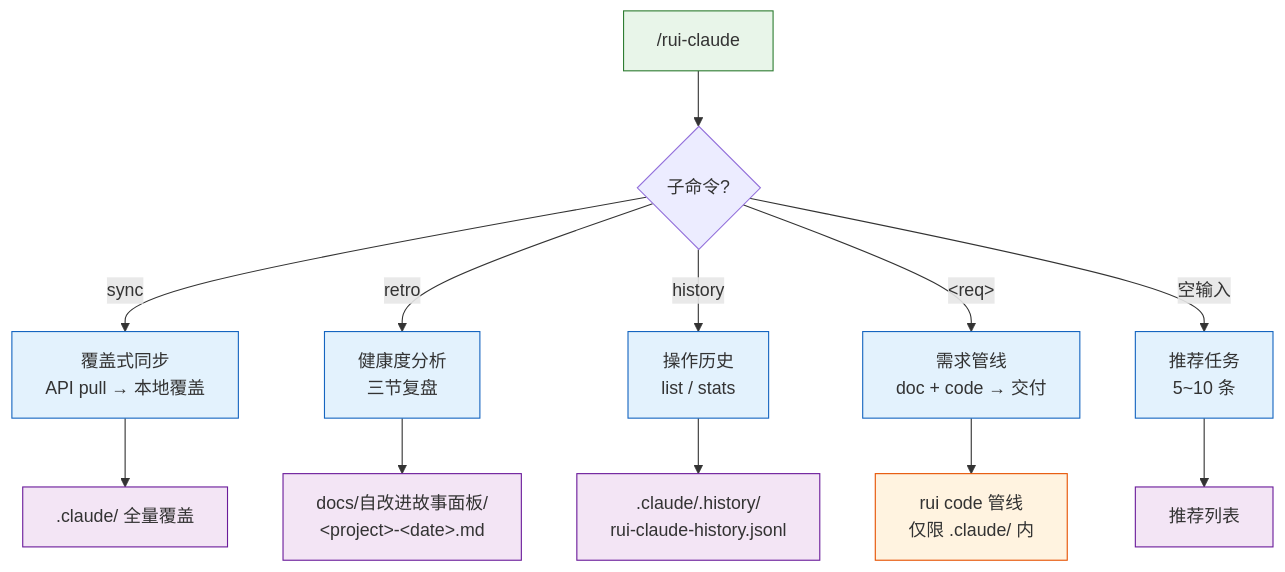
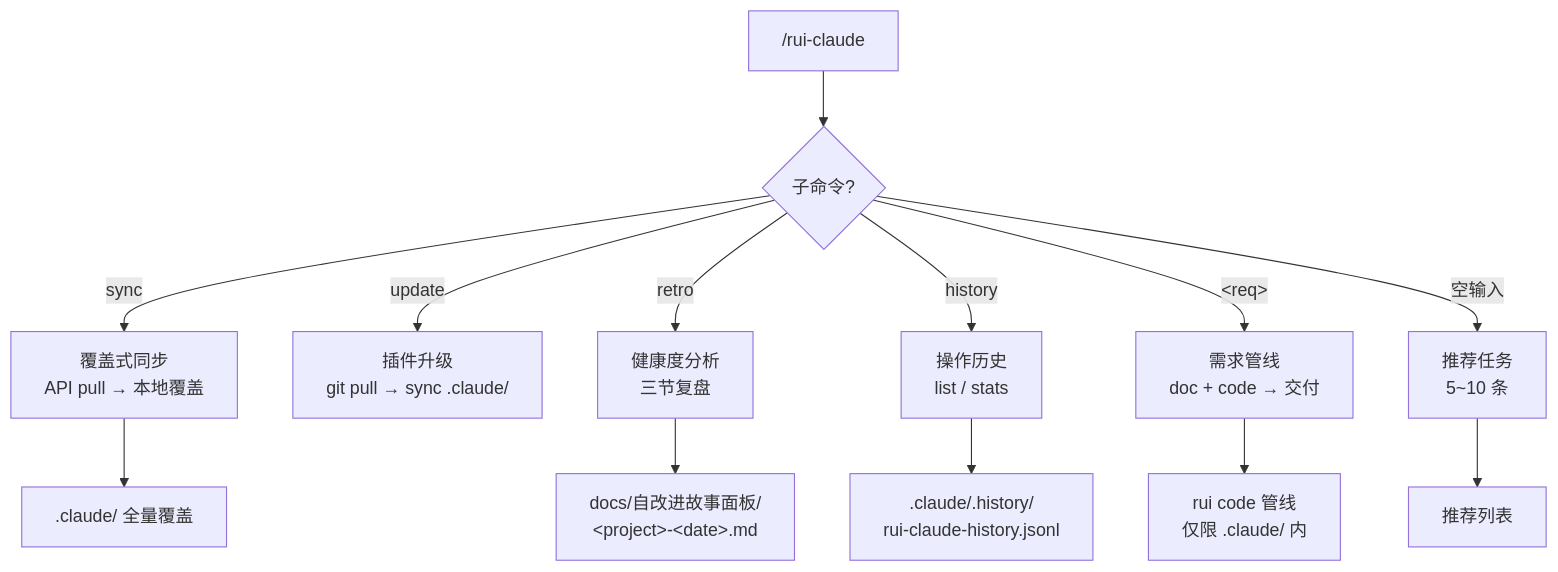
Before and after one commit to effiy/YrY: the first of 8 diagrams in skills/rui-claude/SKILL.md, drawn with Mermaid. The commit also changed other lines of this file and 61 other files, not shown here.

````diff
--- a/skills/rui-claude/SKILL.md
+++ b/skills/rui-claude/SKILL.md
@@ -20,21 +20,18 @@
 ```mermaid
 flowchart TB
     ENTRY["/rui-claude"]:::src --> Q1{"子命令?"}
 
     Q1 -->|"sync"| SYNC["覆盖式同步<br/>API pull → 本地覆盖"]:::cmd
+    Q1 -->|"update"| UPDATE["插件升级<br/>git pull → sync .claude/"]:::cmd
     Q1 -->|"retro"| RETRO["健康度分析<br/>三节复盘"]:::cmd
     Q1 -->|"history"| HIST["操作历史<br/>list / stats"]:::cmd
     Q1 -->|"&lt;req&gt;"| REQ["需求管线<br/>doc + code → 交付"]:::cmd
     Q1 -->|"空输入"| LIST["推荐任务<br/>5~10 条"]:::cmd
 
     SYNC --> S_OUT[".claude/ 全量覆盖"]:::out
     RETRO --> R_OUT["docs/自改进故事面板/<br/>&lt;project&gt;-&lt;date&gt;.md"]:::out
     HIST --> H_OUT[".claude/.history/<br/>rui-claude-history.jsonl"]:::out
     REQ --> PIPE["rui code 管线<br/>仅限 .claude/ 内"]:::pipe
     LIST --> L_OUT["推荐列表"]:::out
 
-    classDef src fill:#e8f5e9,stroke:#2e7d32;
-    classDef cmd fill:#e3f2fd,stroke:#1565c0;
-    classDef out fill:#f3e5f5,stroke:#6a1b9a;
-    classDef pipe fill:#fff3e0,stroke:#e65100;
 ```
````
